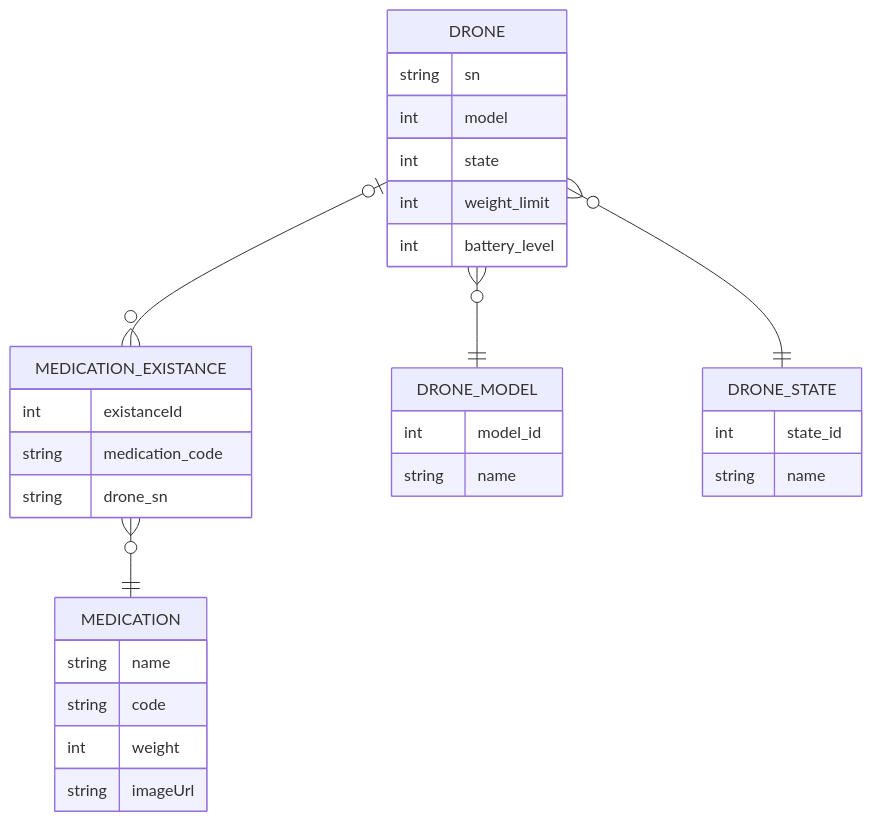
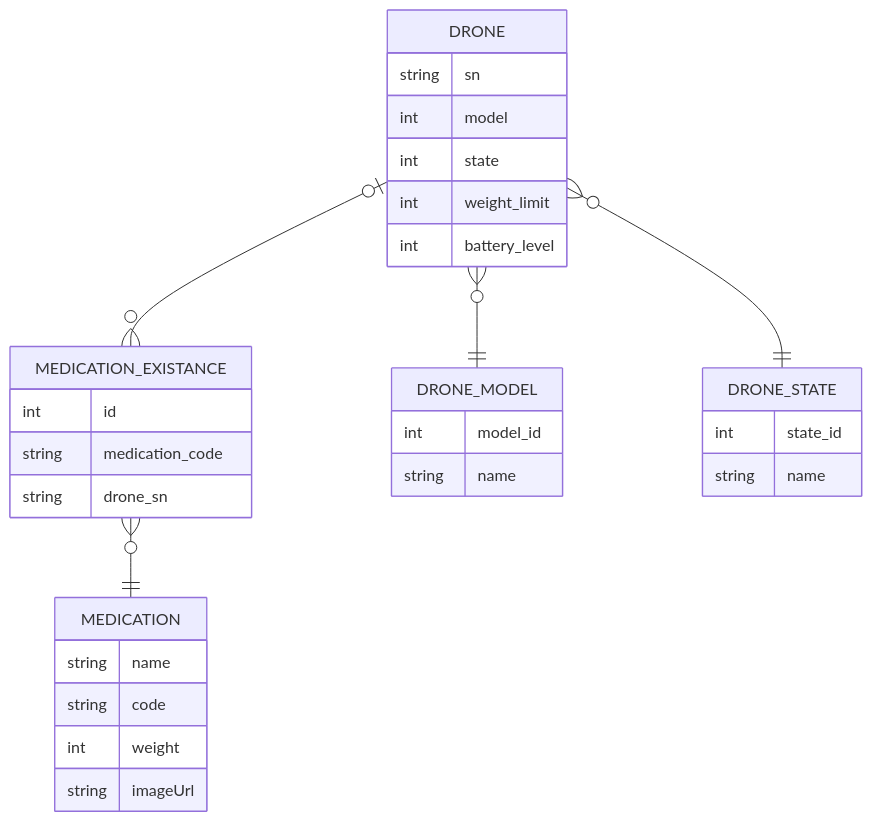
Before and after one commit to caputoortega/MusalaSoft-Drones: the second of 4 diagrams in README.md, drawn with Mermaid. The commit also changed other lines of this file, not shown here.

Commit message:
Tidied up.

````diff
--- a/README.md
+++ b/README.md
@@ -366,35 +366,35 @@
 ```mermaid
 erDiagram
     DRONE o|--o{ MEDICATION_EXISTANCE : ""
     DRONE }o--|| DRONE_MODEL : ""
     DRONE }o--|| DRONE_STATE : ""
     MEDICATION_EXISTANCE }o--|| MEDICATION : ""
     
     DRONE {
         string sn
         int model
         int state
         int weight_limit
         int battery_level
     }
     DRONE_MODEL {
         int model_id
         string name
     }
     DRONE_STATE {
         int state_id
         string name
     }
     MEDICATION {
         string name
         string code
         int weight
         string imageUrl
     }
     MEDICATION_EXISTANCE {
-        int existanceId
+        int id
         string medication_code
         string drone_sn
     }
     
 ```
````
